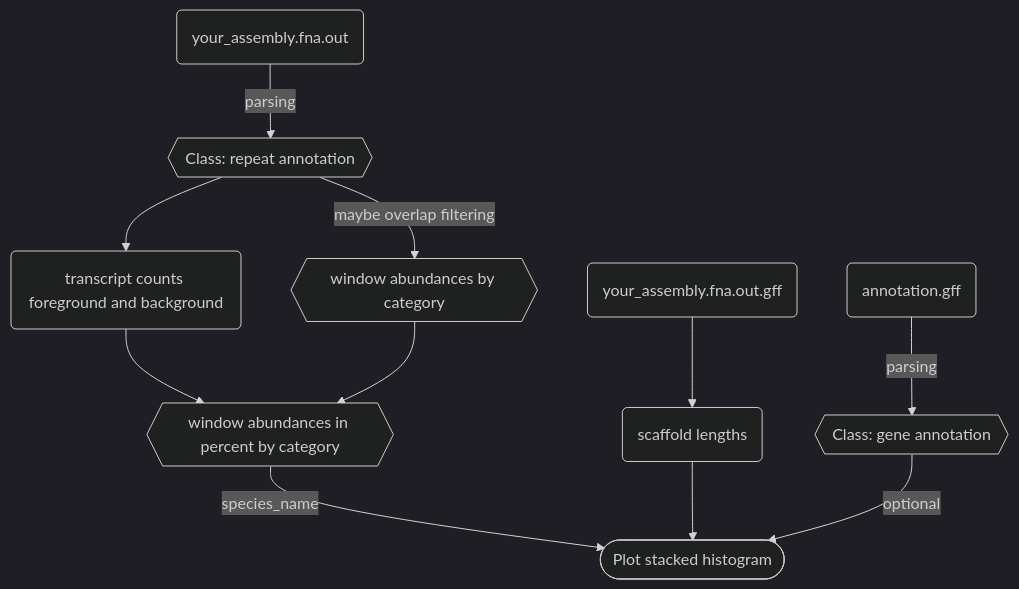
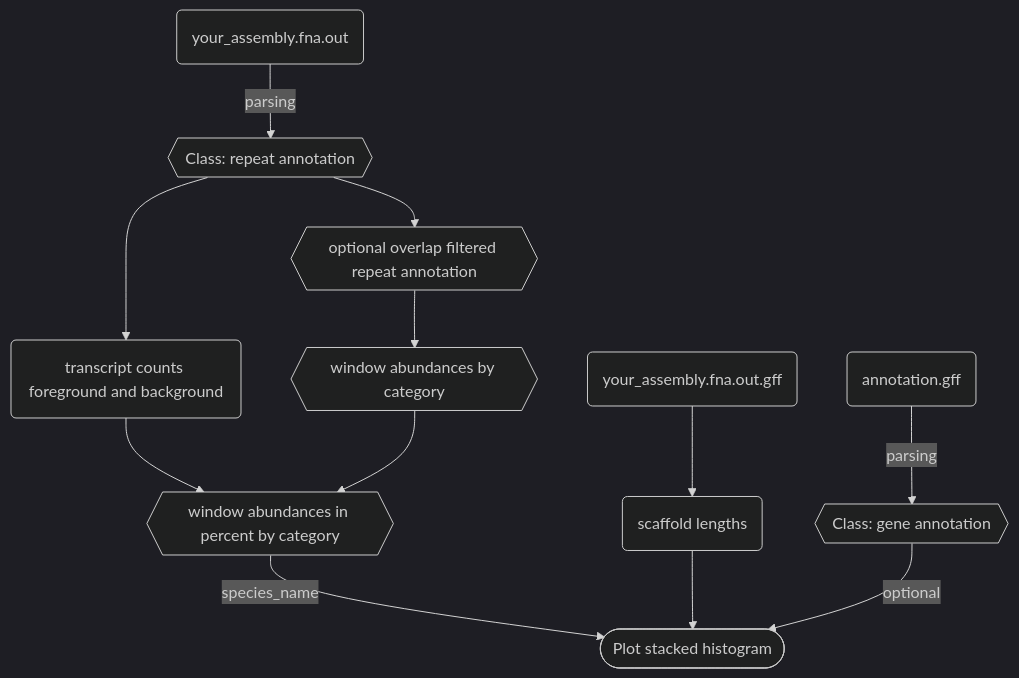
One commit to milena-t/ReVis changed the first of 2 diagrams in README.md. Above: the diagram before and after it, drawn with Mermaid (dark theme).

Commit message:
more mermaid

````diff
--- a/README.md
+++ b/README.md
@@ -68,16 +68,17 @@
 ```mermaid
 graph TD;
     infile_out(your_assembly.fna.out);
     infile_out -- parsing --> rep_annot{{Class: repeat annotation}};
     infile_annot(annotation.gff);
     infile_annot -- parsing --> gene_annot{{Class: gene annotation}};
-    rep_annot -- maybe overlap filtering --> win_ab{{window abundances by category}};
+    rep_annot --> overlap_filt{{optional overlap filtered repeat annotation}};
+    overlap_filt --> win_ab{{window abundances by category}};
     rep_annot --> tr_count(transcript counts foreground and background);
     tr_count --> win_prop{{window abundances in percent by category}}
     win_ab --> win_prop
     infile_gff(your_assembly.fna.out.gff);
     infile_gff --> contig_coords(scaffold lengths);
     win_prop -- species_name --> plot([Plot stacked histogram])
     contig_coords --> plot
     gene_annot -- optional --> plot
 ```   
````
